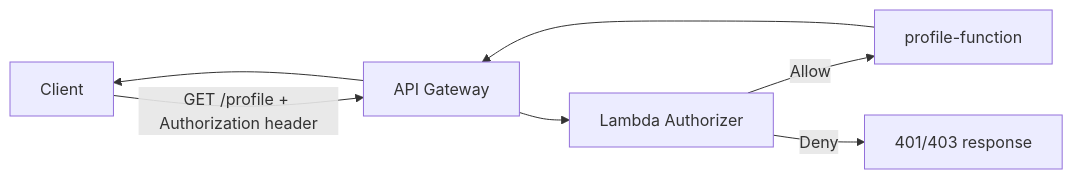
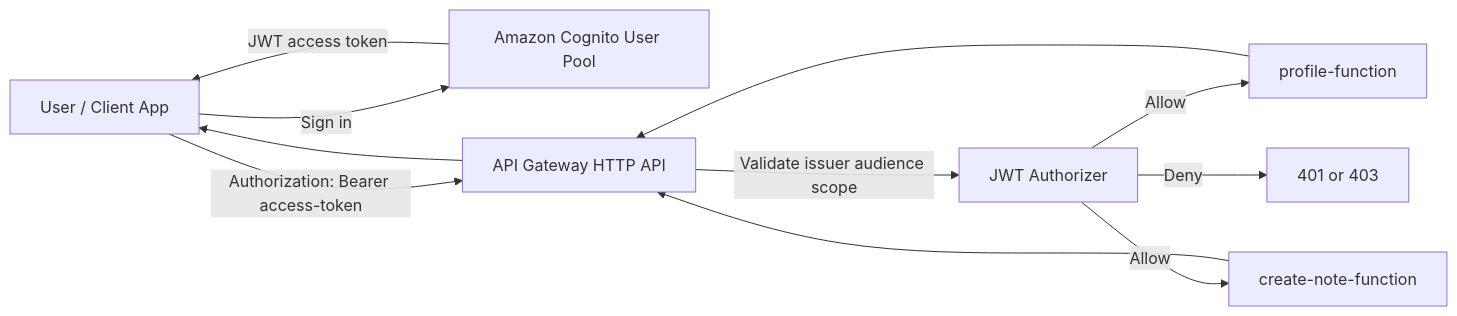
The fourth of 6 diagrams in _posts/devops/2026-04-06-aws-lambda-api-gateway-auth-guide.md (ddingpy/myblog), drawn with Mermaid before and after one commit. The commit also changed other lines of this file, not shown here.

Commit message:
docs: expand AWS Lambda + API Gateway guide with HTTP vs REST API explanations, examples, and JWT authorizer walkthrough

````diff
--- a/_posts/devops/2026-04-06-aws-lambda-api-gateway-auth-guide.md
+++ b/_posts/devops/2026-04-06-aws-lambda-api-gateway-auth-guide.md
@@ -245,9 +290,13 @@
 ```mermaid
 flowchart LR
-    C[Client] -->|GET /profile + Authorization header| G[API Gateway]
-    G --> A[Lambda Authorizer]
-    A -->|Allow| P[profile-function]
-    A -->|Deny| X[401/403 response]
+    U[User / Client App] -->|Sign in| C[Amazon Cognito User Pool]
+    C -->|JWT access token| U
+    U -->|Authorization: Bearer access-token| G[API Gateway HTTP API]
+    G -->|Validate issuer audience scope| J[JWT Authorizer]
+    J -->|Allow| P[profile-function]
+    J -->|Allow| N[create-note-function]
+    J -->|Deny| X[401 or 403]
     P --> G
-    G --> C
+    N --> G
+    G --> U
 ```
````
